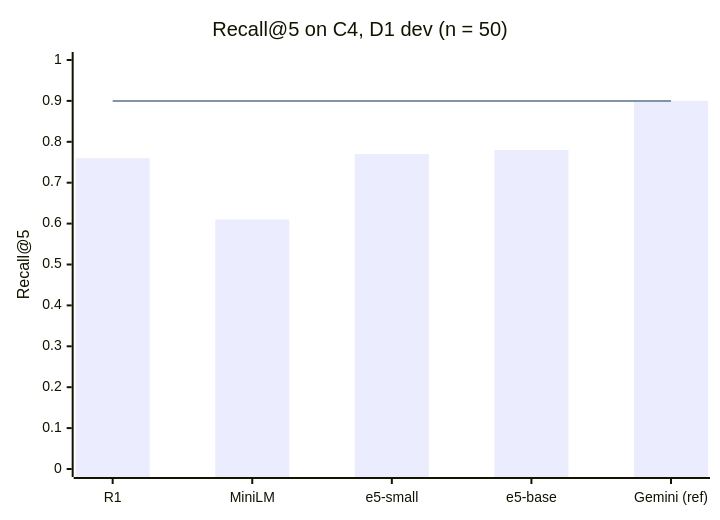
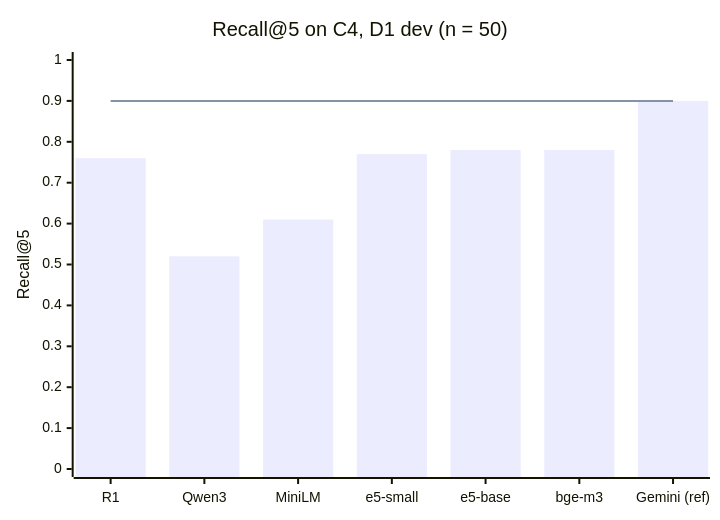
One commit to sarah94087-bot/portfolio-agent changed the second of 2 diagrams in docs/experiments/retrieval-2026-11-04.md. Above: the diagram before and after it, drawn with Mermaid. The commit also changed other lines of this file and 10 other files, not shown here.

First line of the commit message:
Add stage 1 results for bge-m3 and Qwen3 on Workers AI

````diff
--- a/docs/experiments/retrieval-2026-11-04.md
+++ b/docs/experiments/retrieval-2026-11-04.md
@@ -195,8 +210,8 @@
 ```mermaid
 xychart-beta
   title "Recall@5 on C4, D1 dev (n = 50)"
-  x-axis ["R1", "MiniLM", "e5-small", "e5-base", "Gemini (ref)"]
+  x-axis ["R1", "Qwen3", "MiniLM", "e5-small", "e5-base", "bge-m3", "Gemini (ref)"]
   y-axis "Recall@5" 0 --> 1
-  bar [0.76, 0.61, 0.77, 0.78, 0.90]
-  line [0.90, 0.90, 0.90, 0.90, 0.90]
+  bar [0.76, 0.52, 0.61, 0.77, 0.78, 0.78, 0.90]
+  line [0.90, 0.90, 0.90, 0.90, 0.90, 0.90, 0.90]
 ```
````
